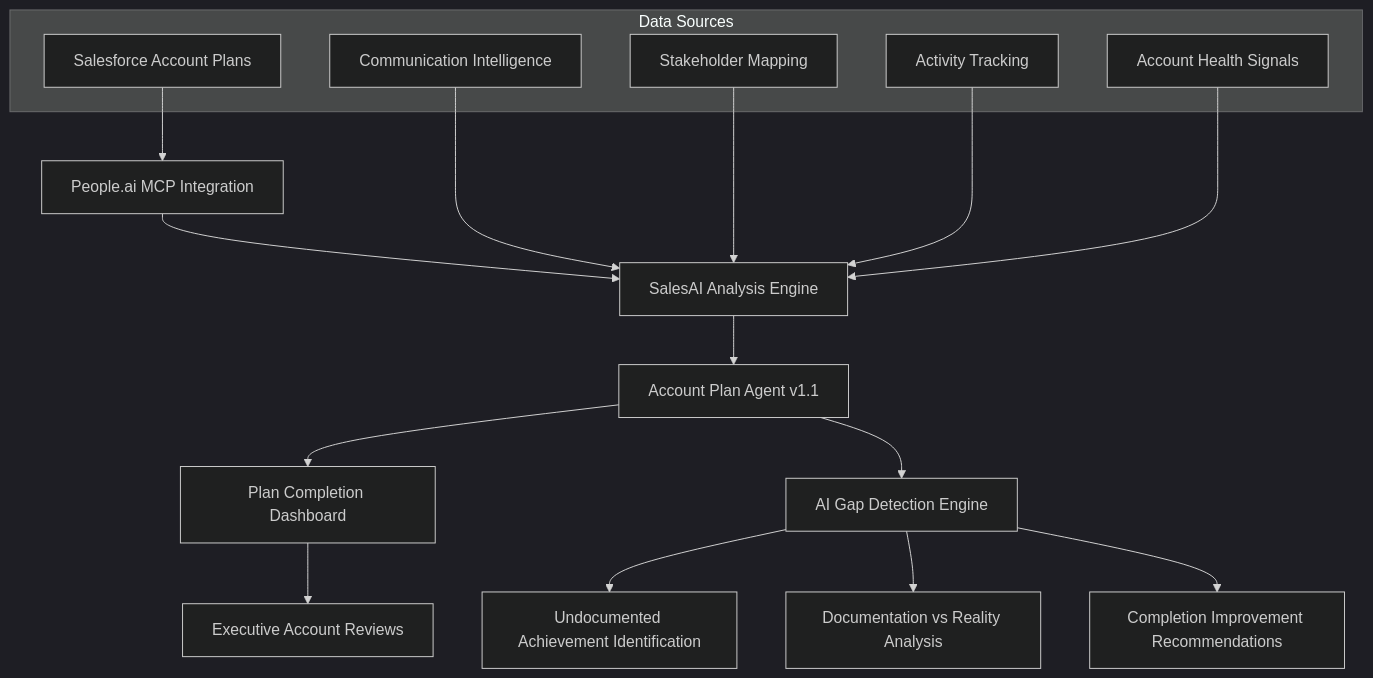
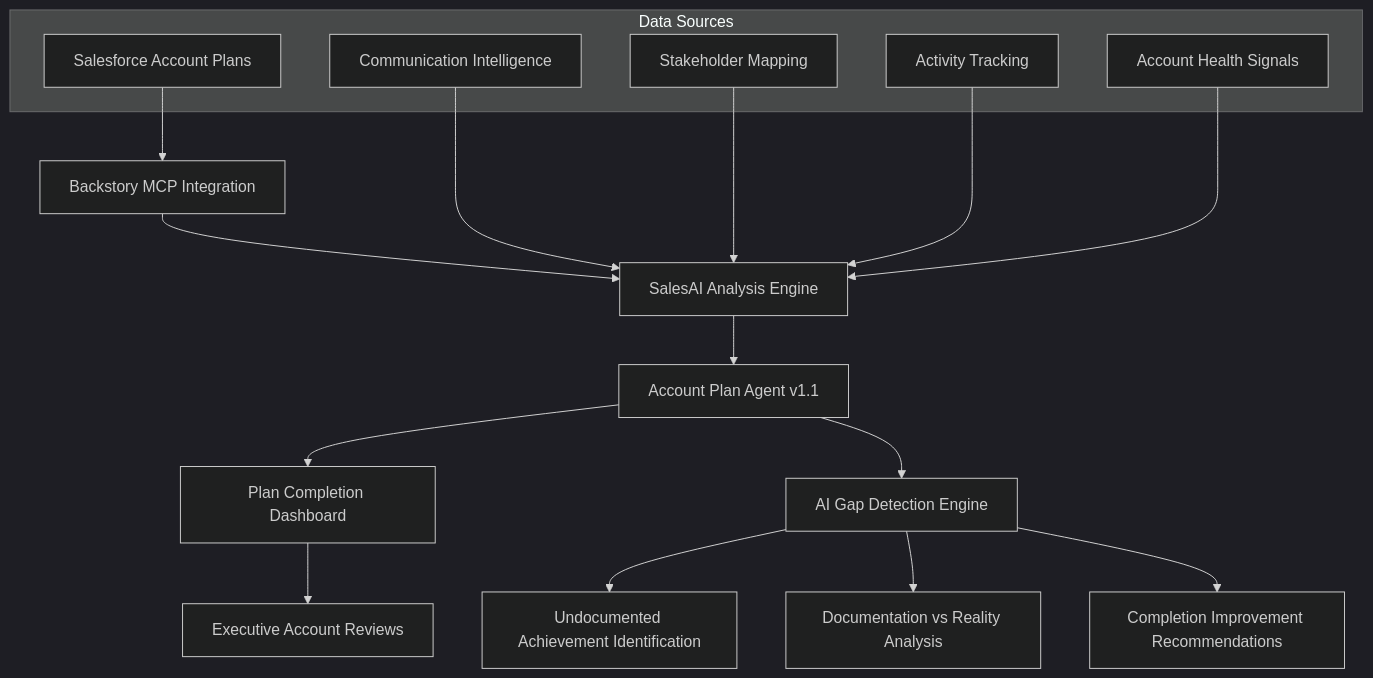
One commit to HappyCowboyAI/LLMSkills changed the diagram in 01-account-plan-agent/assets/Account Plan Agent.md. Above: the diagram before and after it, drawn with Mermaid (dark theme). The commit also changed other lines of this file and 120 other files, not shown here.

First line of the commit message:
refactor: rebrand People.ai to Backstory across catalog, docs, and skills

````diff
--- a/01-account-plan-agent/assets/Account Plan Agent.md
+++ b/01-account-plan-agent/assets/Account Plan Agent.md
@@ -35,25 +35,25 @@
 ```mermaid
 graph TB
-    A[Salesforce Account Plans] --> B[People.ai MCP Integration]
+    A[Salesforce Account Plans] --> B[Backstory MCP Integration]
     B --> C[SalesAI Analysis Engine]
     C --> D[Account Plan Agent v1.1]
     D --> E[Plan Completion Dashboard]
     D --> F[AI Gap Detection Engine]
     F --> G[Undocumented Achievement Identification]
     F --> H[Documentation vs Reality Analysis]
     F --> I[Completion Improvement Recommendations]
     E --> J[Executive Account Reviews]
     
     subgraph "Data Sources"
         A
         K[Communication Intelligence]
         L[Stakeholder Mapping]
         M[Activity Tracking]
         N[Account Health Signals]
     end
     
     K --> C
     L --> C
     M --> C
     N --> C
 ```
````
